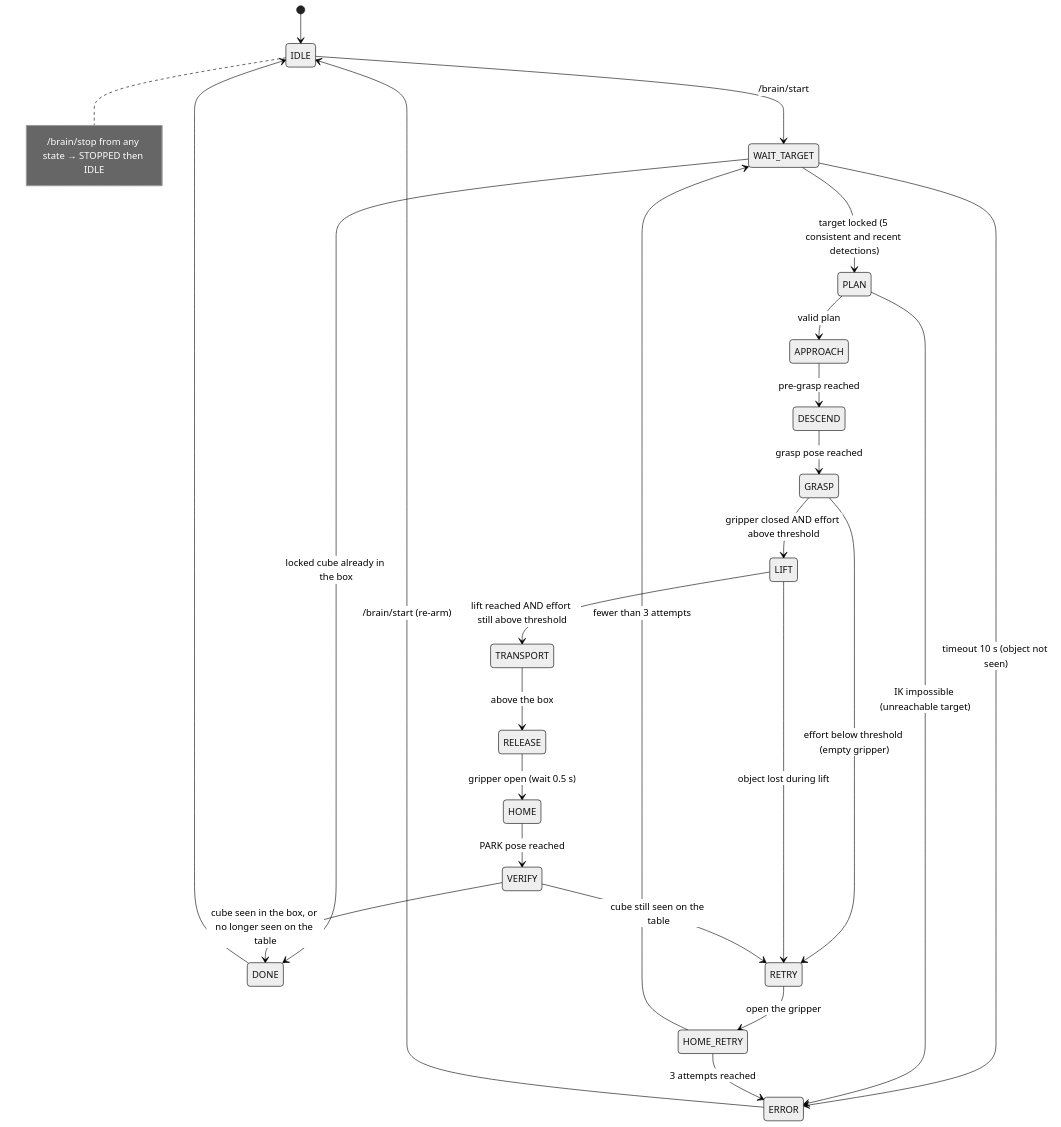
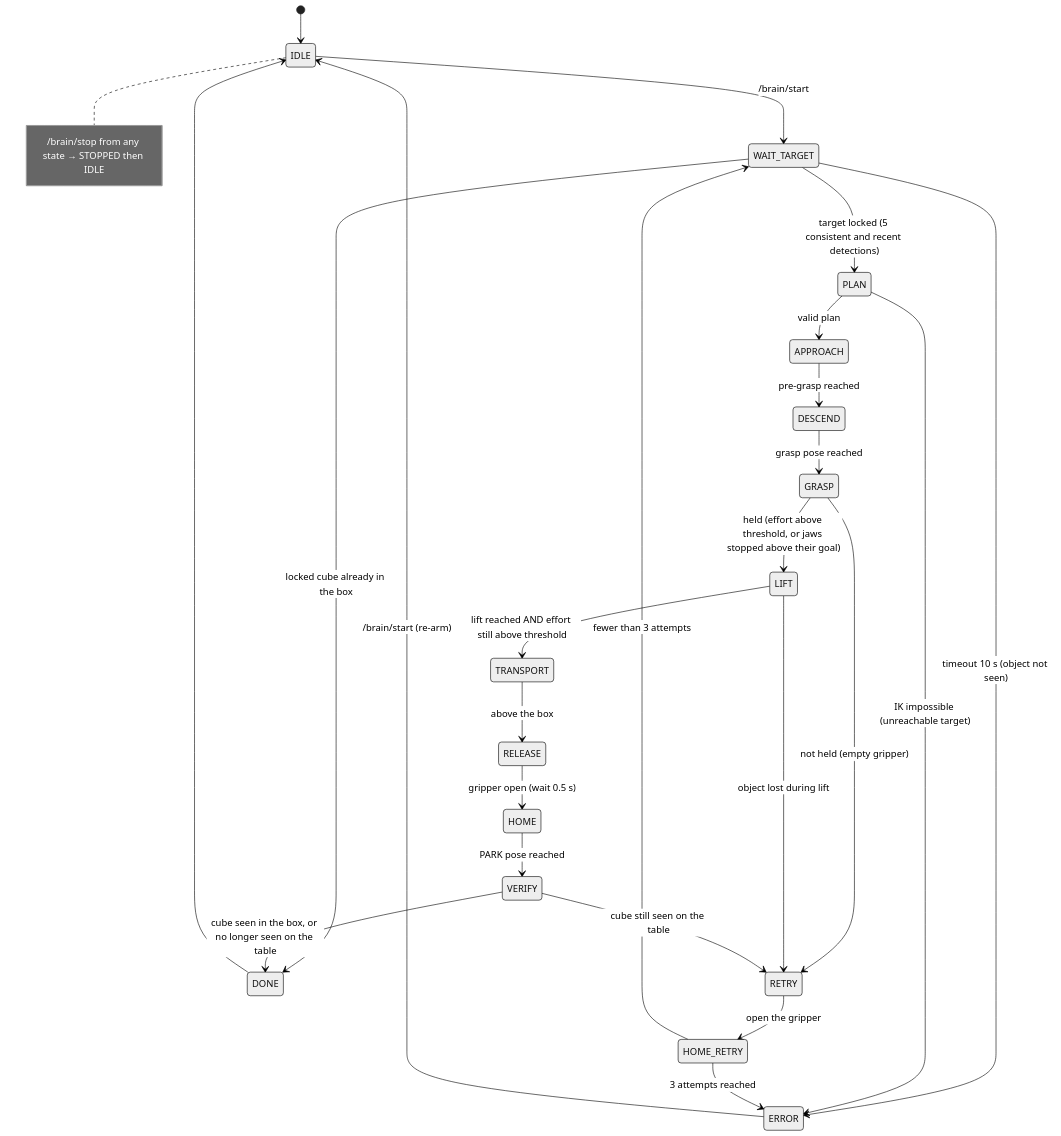
The first of 2 diagrams in docs/project/06_brain_state_machine.md (FoxaxeWasTaken/Robotics), drawn with Mermaid (neutral theme) before and after one commit. The commit also changed other lines of this file and 24 other files, not shown here.

First line of the commit message:
feat: grasp check by the jaws' gap and a ghost arm for the real arm (#206)

````diff
--- a/docs/project/06_brain_state_machine.md
+++ b/docs/project/06_brain_state_machine.md
@@ -29,27 +29,27 @@
 ```mermaid
 stateDiagram-v2
   [*] --> IDLE
   IDLE --> WAIT_TARGET: /brain/start
   WAIT_TARGET --> PLAN: target locked (5 consistent and recent detections)
   WAIT_TARGET --> DONE: locked cube already in the box
   WAIT_TARGET --> ERROR: timeout 10 s (object not seen)
   PLAN --> APPROACH: valid plan
   PLAN --> ERROR: IK impossible (unreachable target)
   APPROACH --> DESCEND: pre-grasp reached
   DESCEND --> GRASP: grasp pose reached
-  GRASP --> LIFT: gripper closed AND effort above threshold
-  GRASP --> RETRY: effort below threshold (empty gripper)
+  GRASP --> LIFT: held (effort above threshold, or jaws stopped above their goal)
+  GRASP --> RETRY: not held (empty gripper)
   LIFT --> TRANSPORT: lift reached AND effort still above threshold
   LIFT --> RETRY: object lost during lift
   TRANSPORT --> RELEASE: above the box
   RELEASE --> HOME: gripper open (wait 0.5 s)
   HOME --> VERIFY: PARK pose reached
   VERIFY --> DONE: cube seen in the box, or no longer seen on the table
   VERIFY --> RETRY: cube still seen on the table
   RETRY --> HOME_RETRY: open the gripper
   HOME_RETRY --> WAIT_TARGET: fewer than 3 attempts
   HOME_RETRY --> ERROR: 3 attempts reached
   DONE --> IDLE
   ERROR --> IDLE: /brain/start (re-arm)
   note right of IDLE : /brain/stop from any state → STOPPED then IDLE
 ```
````
